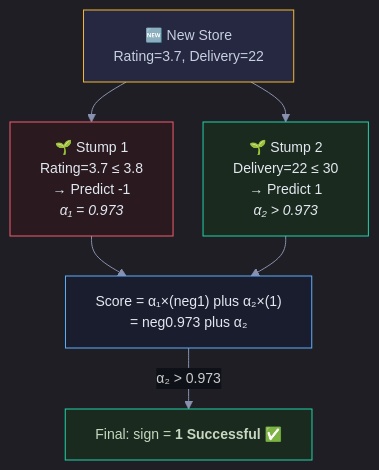
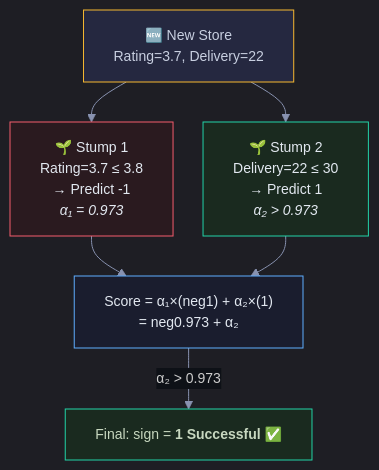
Diagram 17 of 28 in Documents/Visual_Guides/ML_Concepts/Bagging_and_Boosting_Visual.md (snehith1234/StudyCircle), drawn with Mermaid before and after one commit. The commit also changed other lines of this file and 10 other files, not shown here.

First line of the commit message:
Fix Mermaid formatting and add RNN/LSTM guides

````diff
--- a/Documents/Visual_Guides/ML_Concepts/Bagging_and_Boosting_Visual.md
+++ b/Documents/Visual_Guides/ML_Concepts/Bagging_and_Boosting_Visual.md
@@ -529,19 +529,19 @@
 ```mermaid
 %%{init: {'theme': 'dark', 'themeVariables': {'darkMode': true, 'background': '#0e1117', 'primaryColor': '#1a1d2e', 'primaryTextColor': '#e2e8f0', 'primaryBorderColor': '#2d3148', 'lineColor': '#8892b0', 'secondaryColor': '#252840', 'tertiaryColor': '#1a1d2e', 'fontSize': '14px', 'edgeLabelBackground': '#0e1117'}, 'flowchart': {'nodeSpacing': 30, 'rankSpacing': 40, 'padding': 15, 'htmlLabels': true}}}%%
 graph TD
     INPUT["🆕 New Store<br/>Rating=3.7, Delivery=22"] --> S1P & S2P
 
     S1P["🌱 Stump 1<br/>Rating=3.7 ≤ 3.8<br/>→ Predict -1<br/><i>α₁ = 0.973</i>"]
     S2P["🌱 Stump 2<br/>Delivery=22 ≤ 30<br/>→ Predict 1<br/><i>α₂ > 0.973</i>"]
 
-    S1P --> COMBINE["Score = α₁×(neg1) plus α₂×(1)<br/>= neg0.973 plus α₂"]
+    S1P --> COMBINE["Score = α₁×(neg1) + α₂×(1)<br/>= neg0.973 + α₂"]
     S2P --> COMBINE
 
     COMBINE -->|"α₂ > 0.973"| FINAL["Final: sign = <b>1 Successful ✅</b>"]
 
     style INPUT fill:#252840,stroke:#f5b731,color:#c8cfe0
     style S1P fill:#2a1a1f,stroke:#f45d6d,color:#e2e8f0
     style S2P fill:#1a2a1f,stroke:#22d3a7,color:#e2e8f0
     style COMBINE fill:#1a1d2e,stroke:#5eaeff,color:#e2e8f0
     style FINAL fill:#1a2a1f,stroke:#22d3a7,color:#c8d8c0
 ```
````
